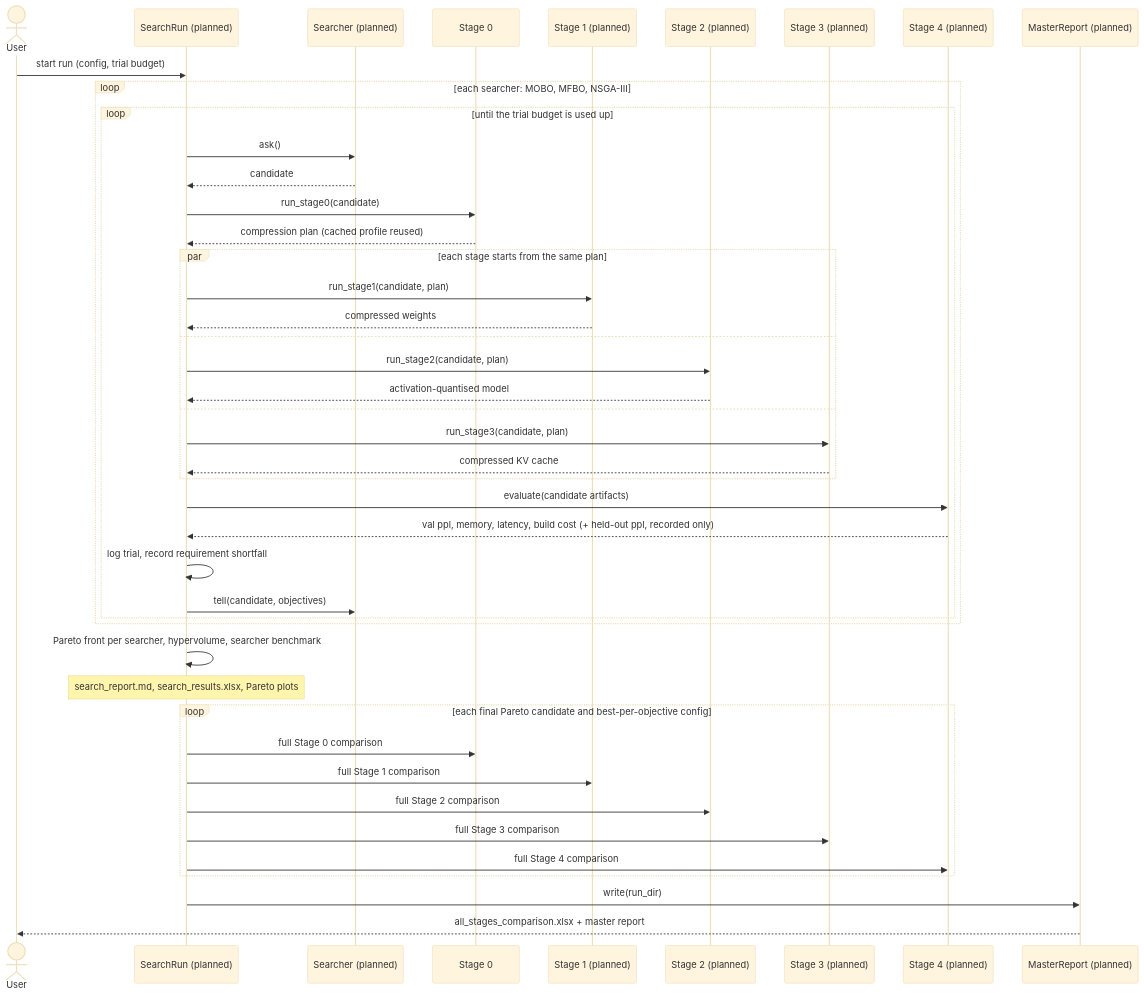
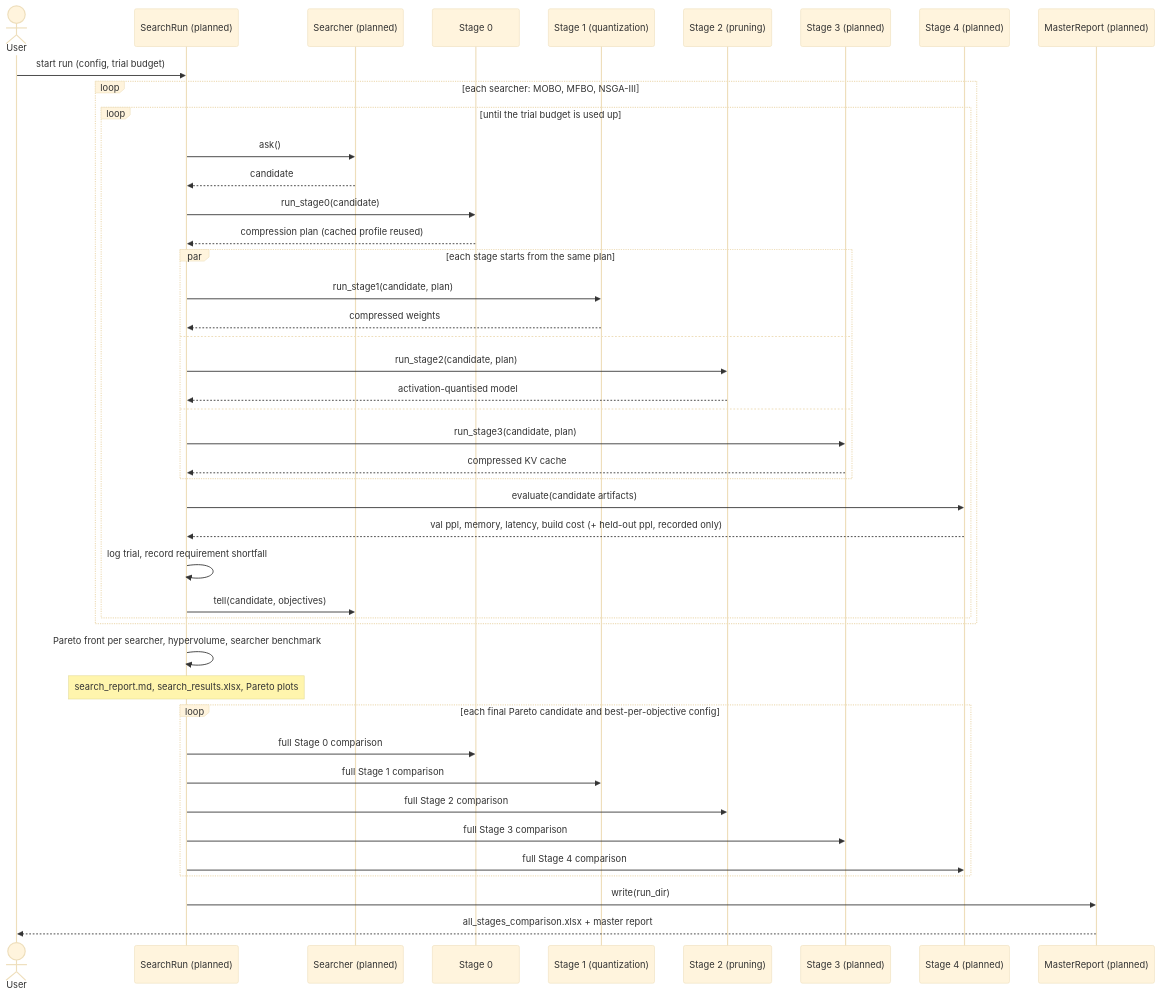
Before and after one commit to hamuutpls/sensitivity-driven-framework: the third of 3 diagrams in docs/diagrams/README.md, drawn with Mermaid (base theme). The commit also changed other lines of this file and 22 other files, not shown here.

First line of the commit message:
Stage 1 is quantization only, Stage 2 is pruning only

````diff
--- a/docs/diagrams/README.md
+++ b/docs/diagrams/README.md
@@ -233,47 +233,47 @@
 ```mermaid
 sequenceDiagram
     actor User
     participant SR as SearchRun (planned)
     participant Se as Searcher (planned)
     participant S0 as Stage 0
-    participant S1 as Stage 1 (planned)
-    participant S2 as Stage 2 (planned)
+    participant S1 as Stage 1 (quantization)
+    participant S2 as Stage 2 (pruning)
     participant S3 as Stage 3 (planned)
     participant S4 as Stage 4 (planned)
     participant MR as MasterReport (planned)
 
     User->>SR: start run (config, trial budget)
     loop each searcher: MOBO, MFBO, NSGA-III
         loop until the trial budget is used up
             SR->>Se: ask()
             Se-->>SR: candidate
             SR->>S0: run_stage0(candidate)
             S0-->>SR: compression plan (cached profile reused)
             par each stage starts from the same plan
                 SR->>S1: run_stage1(candidate, plan)
                 S1-->>SR: compressed weights
             and
                 SR->>S2: run_stage2(candidate, plan)
                 S2-->>SR: activation-quantised model
             and
                 SR->>S3: run_stage3(candidate, plan)
                 S3-->>SR: compressed KV cache
             end
             SR->>S4: evaluate(candidate artifacts)
             S4-->>SR: val ppl, memory, latency, build cost (+ held-out ppl, recorded only)
             SR->>SR: log trial, record requirement shortfall
             SR->>Se: tell(candidate, objectives)
         end
     end
     SR->>SR: Pareto front per searcher, hypervolume, searcher benchmark
     Note over SR: search_report.md, search_results.xlsx, Pareto plots
     loop each final Pareto candidate and best-per-objective config
         SR->>S0: full Stage 0 comparison
         SR->>S1: full Stage 1 comparison
         SR->>S2: full Stage 2 comparison
         SR->>S3: full Stage 3 comparison
         SR->>S4: full Stage 4 comparison
     end
     SR->>MR: write(run_dir)
     MR-->>User: all_stages_comparison.xlsx + master report
 ```
````
